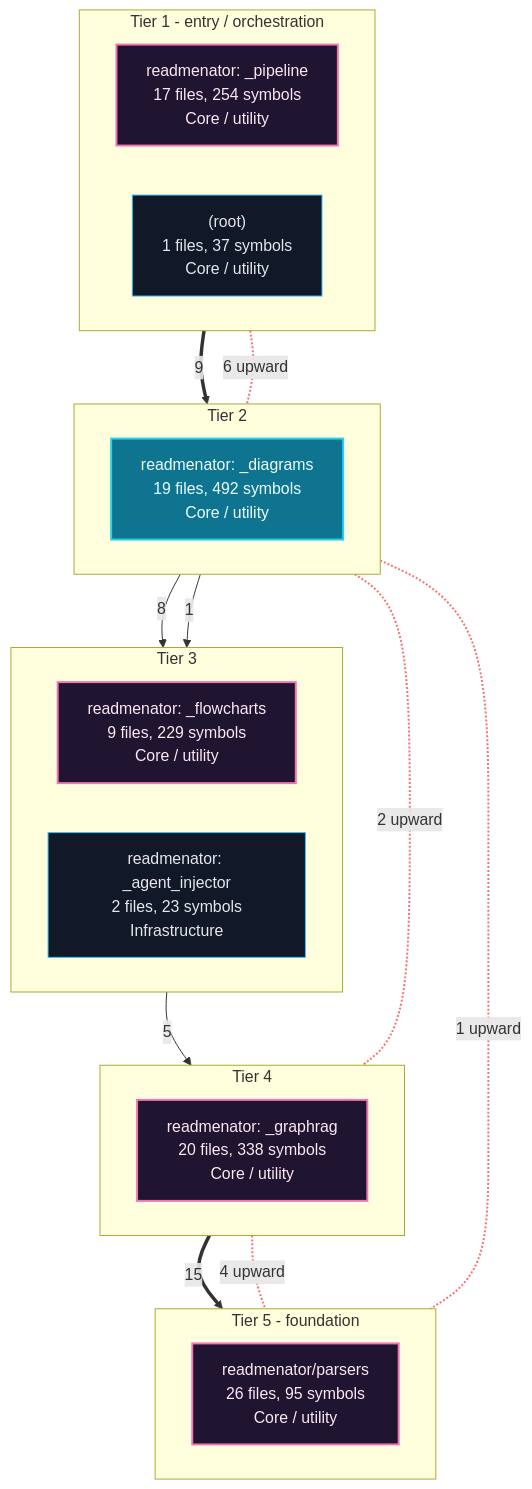
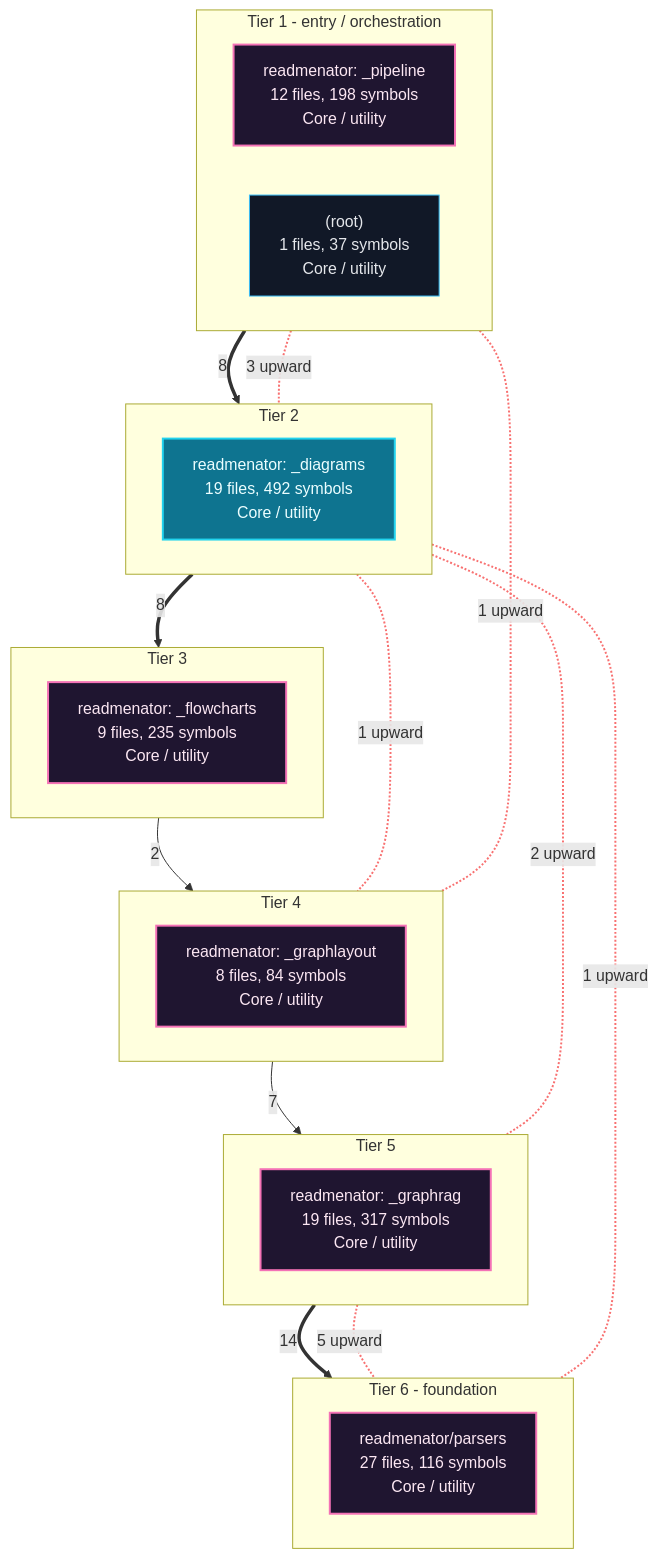
Before and after one commit to grisuno/ReadMenator: the first of 7 diagrams in readmenator-apidocs/architecture.md, drawn with Mermaid. The commit also changed other lines of this file and 304 other files, not shown here.

````diff
--- a/readmenator-apidocs/architecture.md
+++ b/readmenator-apidocs/architecture.md
@@ -11,42 +11,48 @@
 ```mermaid
 flowchart TB
     classDef cycle fill:#1f1530,stroke:#f472b6,color:#fce7f3,stroke-width:2px;
     classDef default fill:#111827,stroke:#38bdf8,color:#e5e7eb;
     classDef entry fill:#0e7490,stroke:#22d3ee,color:#ecfeff,stroke-width:2px;
     subgraph lane_0["Tier 1 - entry / orchestration"]
         direction LR
-        n_c3["readmenator: _pipeline<br/>17 files, 254 symbols<br/>Core / utility"]:::cycle
+        n_c3["readmenator: _pipeline<br/>12 files, 198 symbols<br/>Core / utility"]:::cycle
         n_d__root_["(root)<br/>1 files, 37 symbols<br/>Core / utility"]:::default
     end
     subgraph lane_1["Tier 2"]
         direction LR
         n_c2["readmenator: _diagrams<br/>19 files, 492 symbols<br/>Core / utility"]:::entry
     end
     subgraph lane_2["Tier 3"]
         direction LR
-        n_c4["readmenator: _flowcharts<br/>9 files, 229 symbols<br/>Core / utility"]:::cycle
-        n_c5["readmenator: _agent_injector<br/>2 files, 23 symbols<br/>Infrastructure"]:::default
+        n_c5["readmenator: _flowcharts<br/>9 files, 235 symbols<br/>Core / utility"]:::cycle
     end
     subgraph lane_3["Tier 4"]
         direction LR
-        n_c0["readmenator: _graphrag<br/>20 files, 338 symbols<br/>Core / utility"]:::cycle
+        n_c4["readmenator: _graphlayout<br/>8 files, 84 symbols<br/>Core / utility"]:::cycle
     end
-    subgraph lane_4["Tier 5 - foundation"]
+    subgraph lane_4["Tier 5"]
         direction LR
-        n_c1["readmenator/parsers<br/>26 files, 95 symbols<br/>Core / utility"]:::cycle
+        n_c0["readmenator: _graphrag<br/>19 files, 317 symbols<br/>Core / utility"]:::cycle
     end
-    n_c0 ==>|"15"| n_c1
-    n_c2 -->|"8"| n_c4
-    n_c2 -->|"1"| n_c5
-    n_c3 ==>|"9"| n_c2
-    n_c4 -->|"5"| n_c0
+    subgraph lane_5["Tier 6 - foundation"]
+        direction LR
+        n_c1["readmenator/parsers<br/>27 files, 116 symbols<br/>Core / utility"]:::cycle
+    end
+    n_c0 ==>|"14"| n_c1
+    n_c2 ==>|"8"| n_c5
+    n_c3 ==>|"8"| n_c2
+    n_c4 -->|"7"| n_c0
+    n_c5 -->|"2"| n_c4
     n_c2 <-.-|"2 upward"| n_c0
-    n_c0 <-.-|"4 upward"| n_c1
+    n_c0 <-.-|"5 upward"| n_c1
     n_c2 <-.-|"1 upward"| n_c1
-    n_c3 <-.-|"6 upward"| n_c2
-    linkStyle 5,6,7,8 stroke:#f87171,stroke-width:2px;
+    n_c3 <-.-|"3 upward"| n_c2
+    n_c2 <-.-|"1 upward"| n_c4
+    n_c3 <-.-|"1 upward"| n_c4
+    linkStyle 5,6,7,8,9,10 stroke:#f87171,stroke-width:2px;
     n_c3 ~~~ n_c2
-    n_c2 ~~~ n_c4
+    n_c2 ~~~ n_c5
+    n_c5 ~~~ n_c4
     n_c4 ~~~ n_c0
     n_c0 ~~~ n_c1
 ```
````
